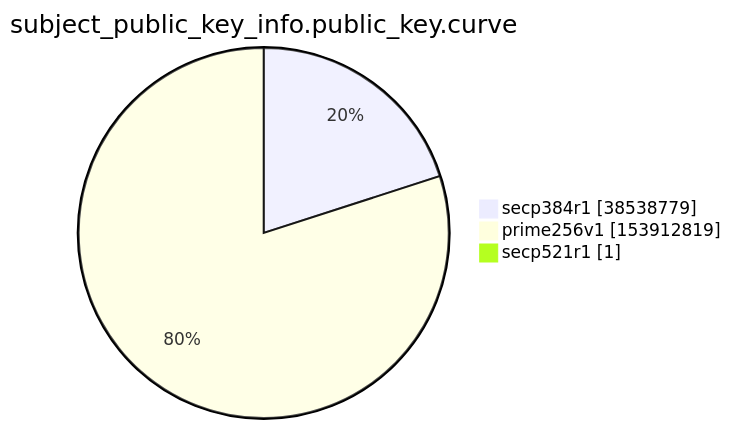
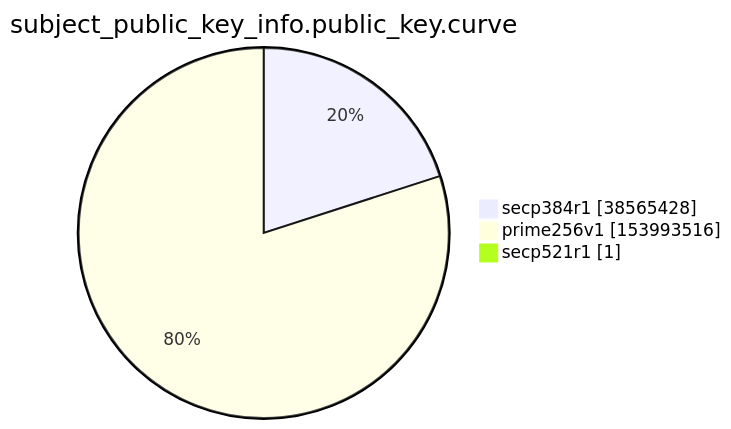
One commit to christiankrug/ctmonitor_visualization changed the ninth of 15 diagrams in xenon2022/README.md. Above: the diagram before and after it, drawn with Mermaid. The commit also changed other lines of this file, not shown here.

````diff
--- a/xenon2022/README.md
+++ b/xenon2022/README.md
@@ -2863,7 +2863,7 @@
 ```mermaid
 pie showData
 title subject_public_key_info.public_key.curve
-"secp384r1" :38538779
-"prime256v1" :153912819
+"secp384r1" :38565428
+"prime256v1" :153993516
 "secp521r1" :1
 ```
````
